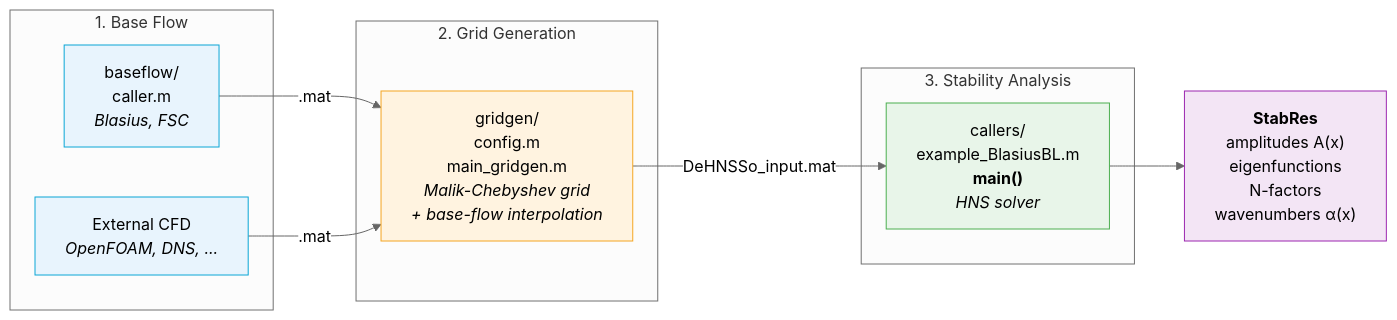
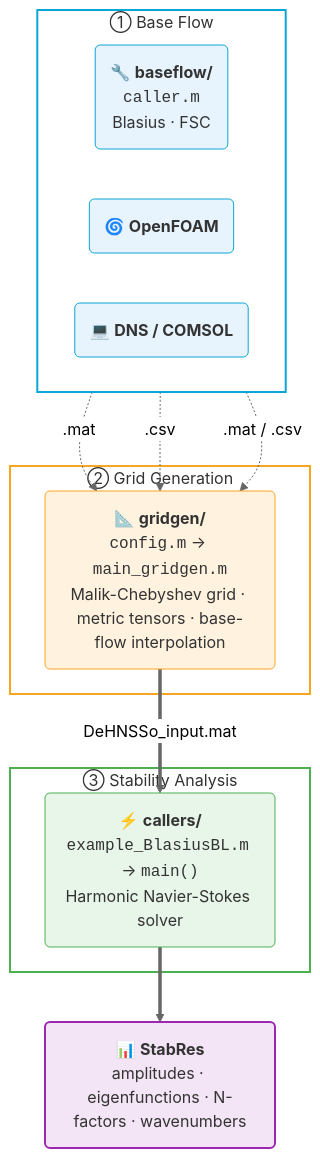
The diagram in README.md (pcboldini/DeHNSSo), drawn with Mermaid (neutral theme) before and after one commit.

Commit message:
latest updates

````diff
--- a/README.md
+++ b/README.md
@@ -75,26 +75,35 @@
 ```mermaid
-graph LR
-    subgraph "1. Base Flow"
-        BL["baseflow/<br/>caller.m<br/><i>Blasius, FSC</i>"]
-        EXT["External CFD<br/><i>OpenFOAM, DNS, ...</i>"]
+flowchart TD
+    subgraph INPUT ["① Base Flow"]
+        direction LR
+        BL("🔧 <b>baseflow/</b><br/><code>caller.m</code><br/>Blasius · FSC")
+        OF("🌀 <b>OpenFOAM</b>")
+        DNS("💻 <b>DNS / COMSOL</b>")
     end
 
-    subgraph "2. Grid Generation"
-        GG["gridgen/<br/>config.m<br/>main_gridgen.m<br/><i>Malik-Chebyshev grid<br/>+ base-flow interpolation</i>"]
+    subgraph GRID ["② Grid Generation"]
+        GG("📐 <b>gridgen/</b><br/><code>config.m</code> → <code>main_gridgen.m</code><br/>Malik-Chebyshev grid · metric tensors · base-flow interpolation")
     end
 
-    subgraph "3. Stability Analysis"
-        HNS["callers/<br/>example_BlasiusBL.m<br/><b>main()</b><br/><i>HNS solver</i>"]
+    subgraph SOLVE ["③ Stability Analysis"]
+        HNS("⚡ <b>callers/</b><br/><code>example_BlasiusBL.m</code> → <code>main()</code><br/>Harmonic Navier-Stokes solver")
     end
 
-    BL -- ".mat" --> GG
-    EXT -- ".mat" --> GG
-    GG -- "DeHNSSo_input.mat" --> HNS
-    HNS --> RES["<b>StabRes</b><br/>amplitudes A(x)<br/>eigenfunctions<br/>N-factors<br/>wavenumbers α(x)"]
+    BL -. ".mat" .-> GG
+    OF -. ".csv" .-> GG
+    DNS -. ".mat / .csv" .-> GG
+    GG == "DeHNSSo_input.mat" ==> HNS
+    HNS ==> RES
 
-    style BL fill:#e8f4fd,stroke:#0aa6d6
-    style EXT fill:#e8f4fd,stroke:#0aa6d6
-    style GG fill:#fff3e0,stroke:#f5a623
-    style HNS fill:#e8f5e9,stroke:#4caf50
-    style RES fill:#f3e5f5,stroke:#9c27b0
+    RES("📊 <b>StabRes</b><br/>amplitudes · eigenfunctions · N-factors · wavenumbers")
+
+    style INPUT fill:none,stroke:#0aa6d6,stroke-width:2px
+    style GRID fill:none,stroke:#f5a623,stroke-width:2px
+    style SOLVE fill:none,stroke:#4caf50,stroke-width:2px
+    style BL fill:#e8f4fd,stroke:#0aa6d6,color:#333
+    style OF fill:#e8f4fd,stroke:#0aa6d6,color:#333
+    style DNS fill:#e8f4fd,stroke:#0aa6d6,color:#333
+    style GG fill:#fff3e0,stroke:#f5a623,color:#333
+    style HNS fill:#e8f5e9,stroke:#4caf50,color:#333
+    style RES fill:#f3e5f5,stroke:#9c27b0,color:#333,stroke-width:2px
 ```
````
